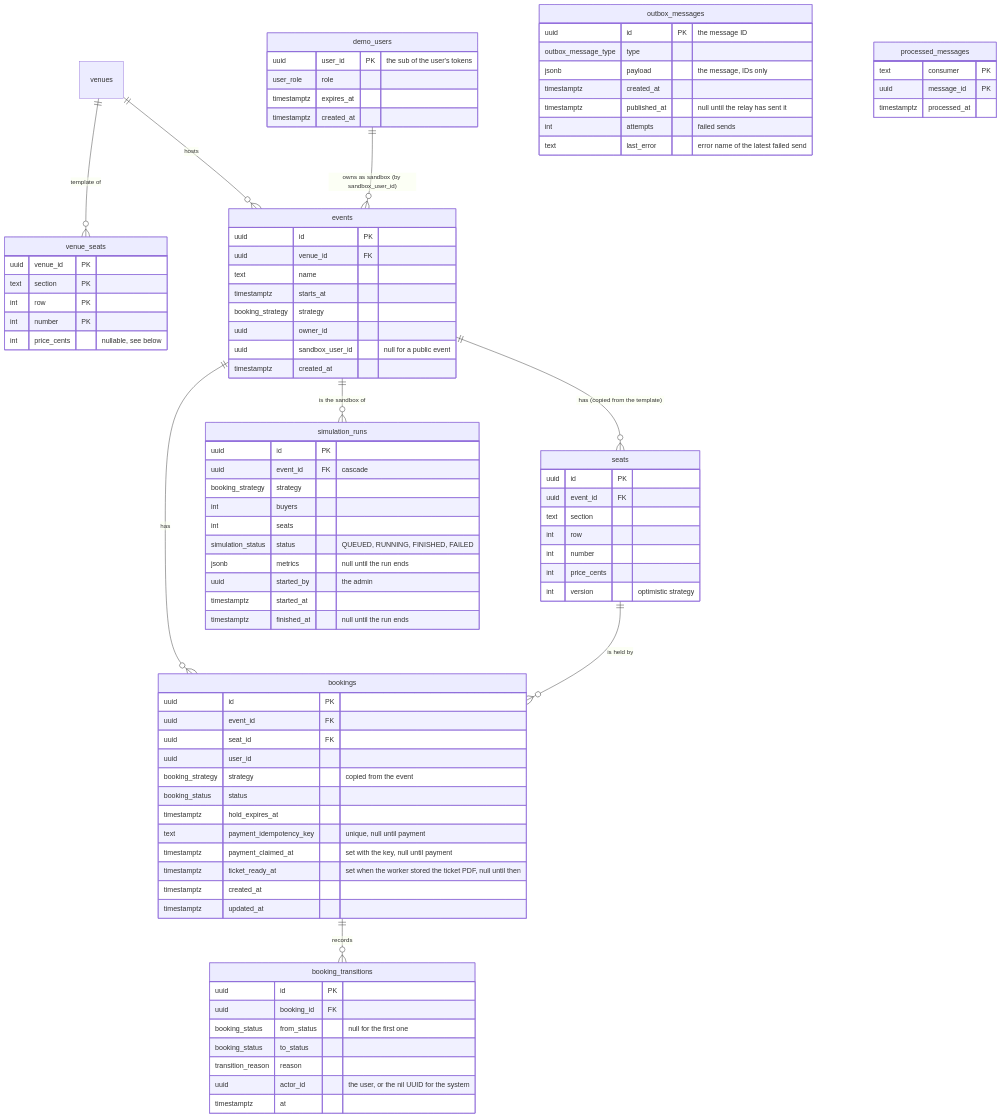
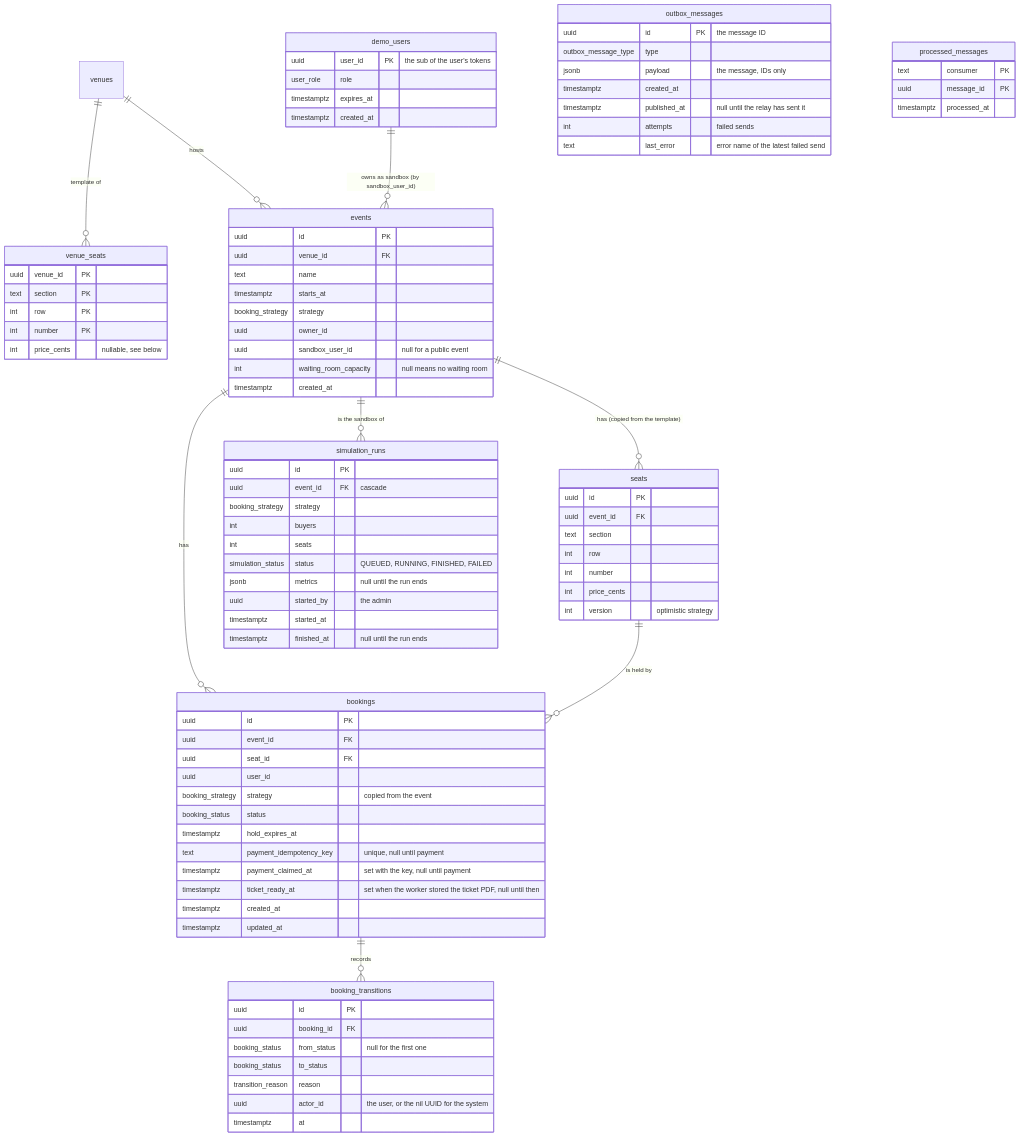
One commit to oguzbits/ticketmaster changed the first of 2 diagrams in docs/data-model.md. Above: the diagram before and after it, drawn with Mermaid. The commit also changed other lines of this file and 22 other files, not shown here.

First line of the commit message:
feat(events): waiting room capacity on the event [braucht Live-Migration]

```diff
--- a/docs/data-model.md
+++ b/docs/data-model.md
@@ -33,6 +33,7 @@
         booking_strategy strategy
         uuid owner_id
         uuid sandbox_user_id "null for a public event"
+        int waiting_room_capacity "null means no waiting room"
         timestamptz created_at
     }
     seats {
```
